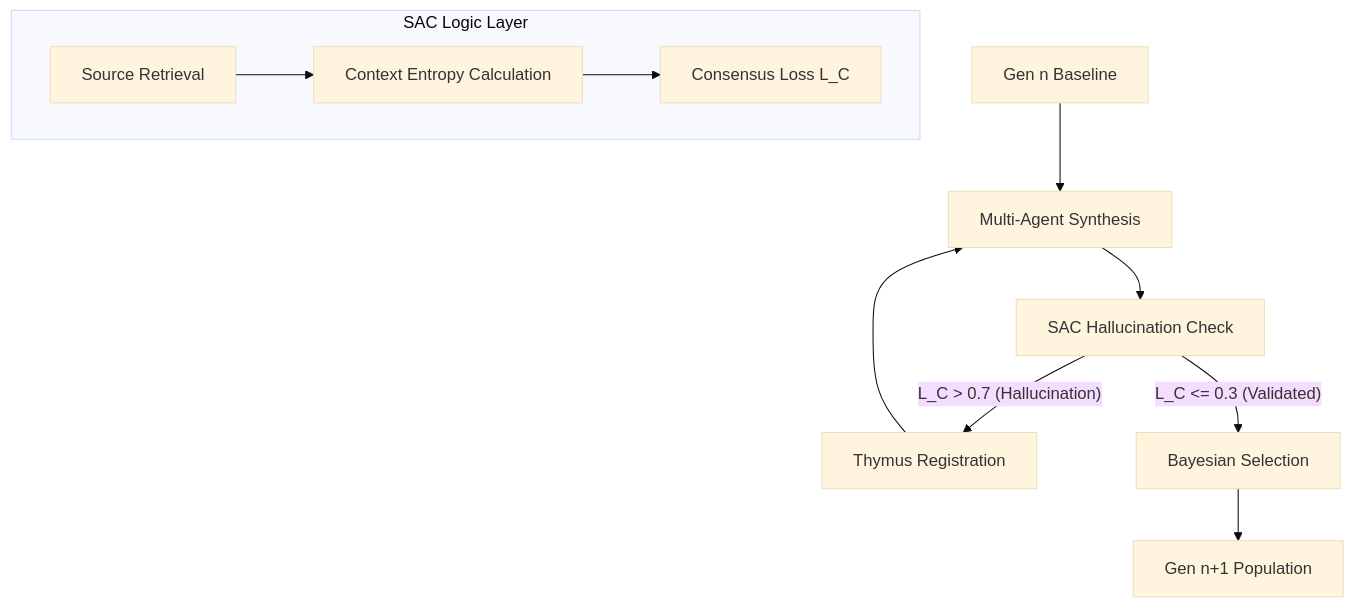
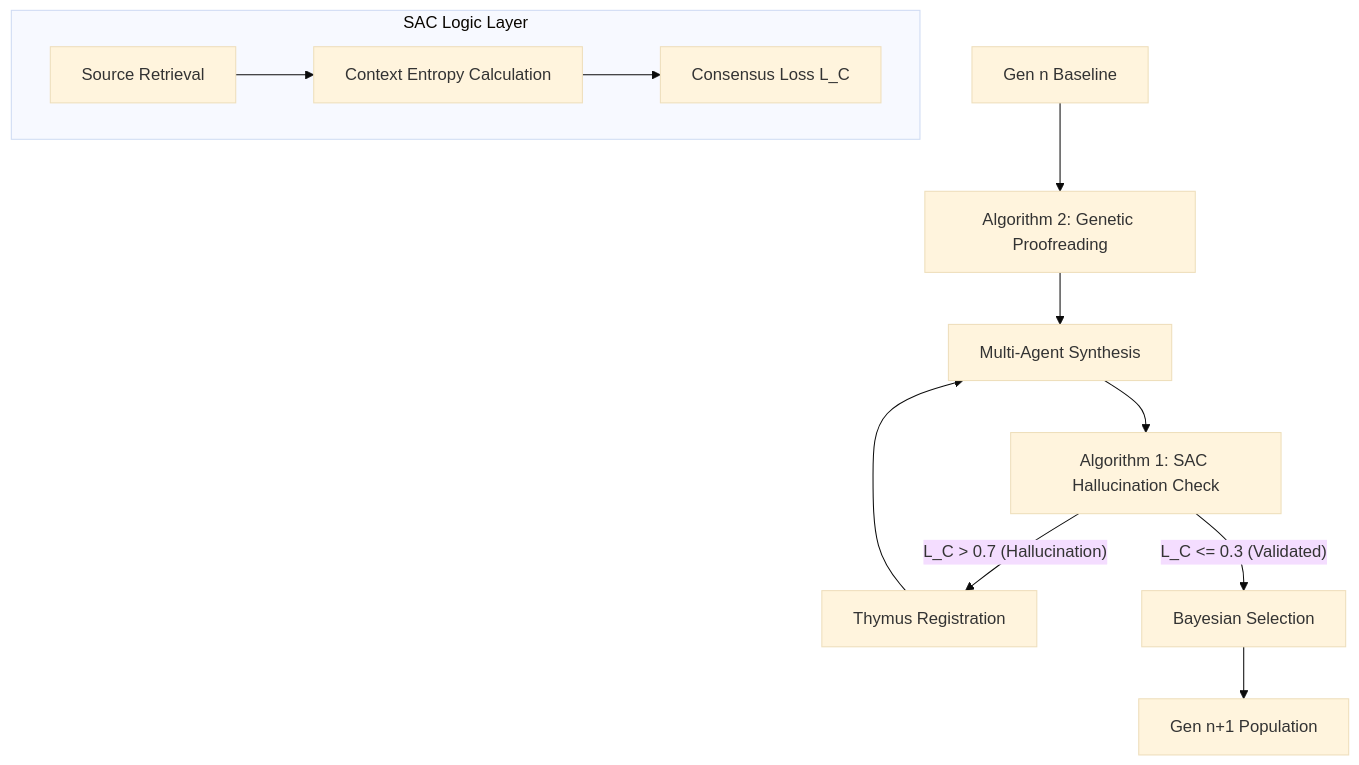
The diagram in docs/ARCHITECTURE.md (jjoljjol/BioNexus-Dialectical-Protocol), drawn with Mermaid (base theme) before and after one commit. The commit also changed other lines of this file and 3 other files, not shown here.

````diff
--- a/docs/ARCHITECTURE.md
+++ b/docs/ARCHITECTURE.md
@@ -19,14 +22,15 @@
 ```mermaid
 graph TD
-    A[Gen n Baseline] --> B[Multi-Agent Synthesis]
-    B --> C[SAC Hallucination Check]
+    A[Gen n Baseline] --> AA[Algorithm 2: Genetic Proofreading]
+    AA --> B[Multi-Agent Synthesis]
+    B --> C[Algorithm 1: SAC Hallucination Check]
     C -- "L_C > 0.7 (Hallucination)" --> D[Thymus Registration]
     D --> B
     C -- "L_C <= 0.3 (Validated)" --> E[Bayesian Selection]
     E --> F[Gen n+1 Population]
     
     subgraph SAC_Refinement [SAC Logic Layer]
     C1[Source Retrieval] --> C2[Context Entropy Calculation]
     C2 --> C3[Consensus Loss L_C]
     end
 ```
````
